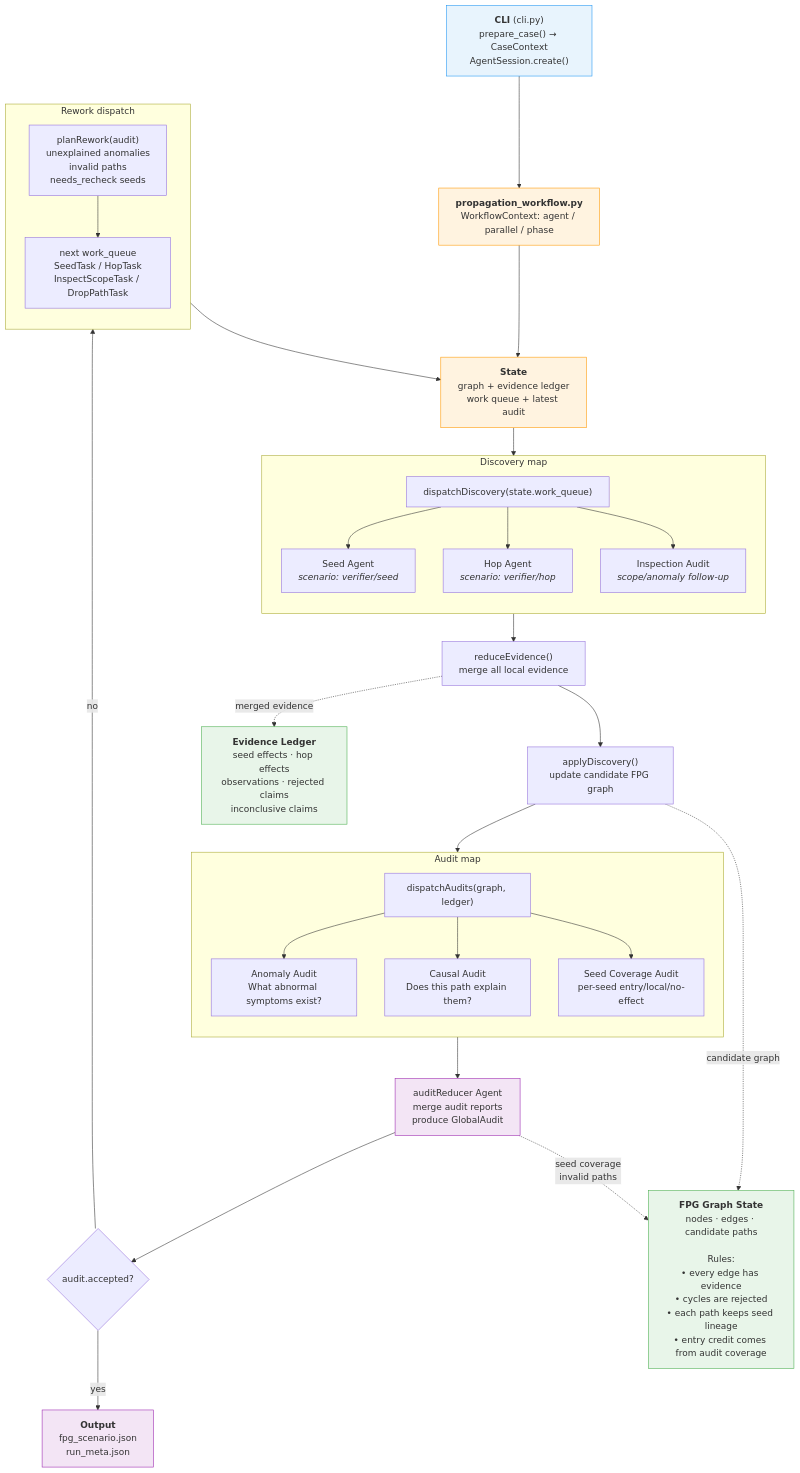
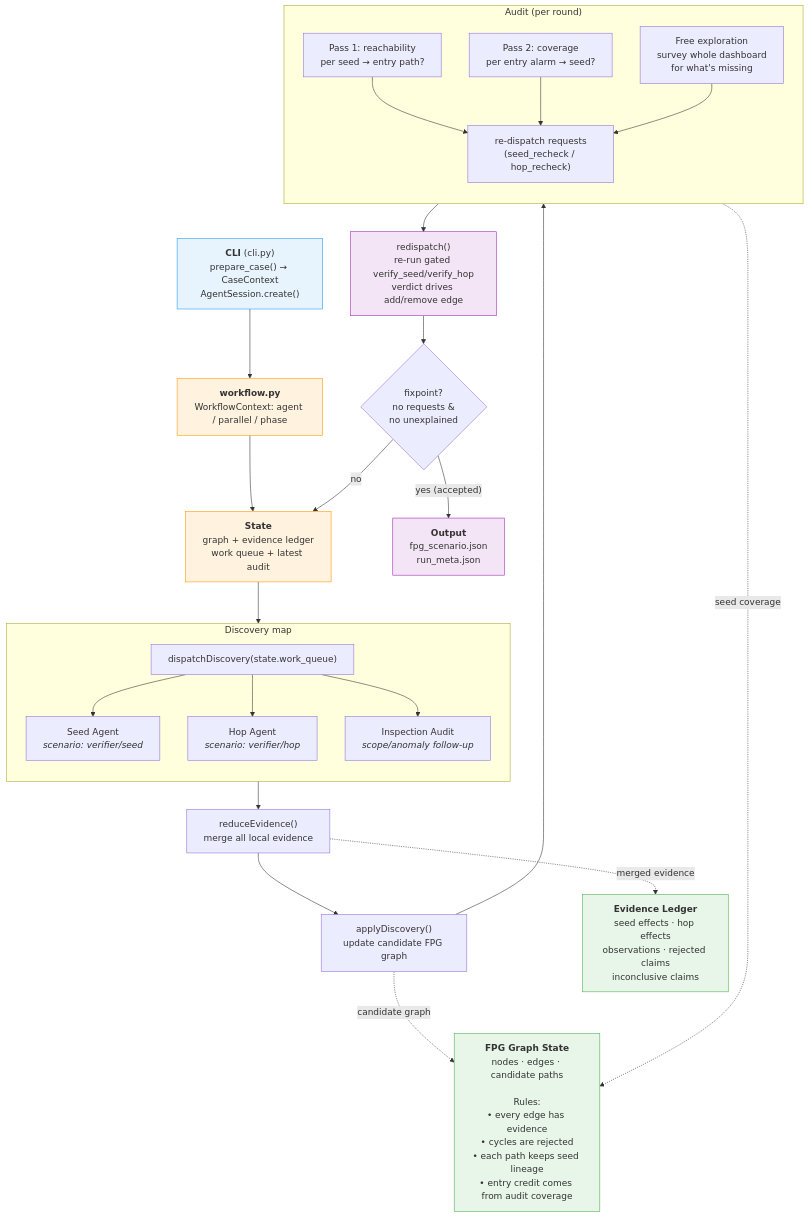
The first of 4 diagrams in contrib/scenarios/verifier/README.md (Lincyaw/AgentM), drawn with Mermaid before and after one commit. The commit also changed other lines of this file and 11 other files, not shown here.

First line of the commit message:
Refactor verifier audit into two-pass + free-exploration fixpoint loop

````diff
--- a/contrib/scenarios/verifier/README.md
+++ b/contrib/scenarios/verifier/README.md
@@ -52,60 +52,52 @@
 ```mermaid
 flowchart TB
     CLI["<b>CLI</b> (cli.py)<br/>prepare_case() → CaseContext<br/>AgentSession.create()"]
-    WF["<b>propagation_workflow.py</b><br/>WorkflowContext: agent / parallel / phase"]
+    WF["<b>workflow.py</b><br/>WorkflowContext: agent / parallel / phase"]
     STATE["<b>State</b><br/>graph + evidence ledger<br/>work queue + latest audit"]
 
     CLI --> WF --> STATE
 
     subgraph discovery ["Discovery map"]
         direction TB
         DISPATCH["dispatchDiscovery(state.work_queue)"]
         S1["Seed Agent<br/><i>scenario: verifier/seed</i>"]
         H1["Hop Agent<br/><i>scenario: verifier/hop</i>"]
         I1["Inspection Audit<br/><i>scope/anomaly follow-up</i>"]
         DISPATCH --> S1 & H1 & I1
     end
 
     REDUCE_E["reduceEvidence()<br/>merge all local evidence"]
     APPLY["applyDiscovery()<br/>update candidate FPG graph"]
 
-    subgraph audit_map ["Audit map"]
+    subgraph audit_map ["Audit (per round)"]
         direction TB
-        J_DISPATCH["dispatchAudits(graph, ledger)"]
-        AJ["Anomaly Audit<br/>What abnormal symptoms exist?"]
-        CJ["Causal Audit<br/>Does this path explain them?"]
-        SJ["Seed Coverage Audit<br/>per-seed entry/local/no-effect"]
-        J_DISPATCH --> AJ & CJ & SJ
+        P1["Pass 1: reachability<br/>per seed → entry path?"]
+        P2["Pass 2: coverage<br/>per entry alarm → seed?"]
+        EX["Free exploration<br/>survey whole dashboard<br/>for what's missing"]
+        P1 & P2 & EX --> REQS["re-dispatch requests<br/>(seed_recheck / hop_recheck)"]
     end
 
-    REDUCE_A["auditReducer Agent<br/>merge audit reports<br/>produce GlobalAudit"]
+    REDISPATCH["redispatch()<br/>re-run gated verify_seed/verify_hop<br/>verdict drives add/remove edge"]
 
-    DECIDE{"audit.accepted?"}
+    DECIDE{"fixpoint?<br/>no requests &<br/>no unexplained"}
     OUTPUT["<b>Output</b><br/>fpg_scenario.json<br/>run_meta.json"]
 
-    subgraph rework ["Rework dispatch"]
-        direction TB
-        PLAN["planRework(audit)<br/>unexplained anomalies<br/>invalid paths<br/>needs_recheck seeds"]
-        Q["next work_queue<br/>SeedTask / HopTask<br/>InspectScopeTask / DropPathTask"]
-        PLAN --> Q
-    end
-
-    STATE --> discovery --> REDUCE_E --> APPLY --> audit_map --> REDUCE_A --> DECIDE
-    DECIDE -- yes --> OUTPUT
-    DECIDE -- no --> rework --> STATE
+    STATE --> discovery --> REDUCE_E --> APPLY --> audit_map --> REDISPATCH --> DECIDE
+    DECIDE -- yes (accepted) --> OUTPUT
+    DECIDE -- no --> STATE
 
     LEDGER["<b>Evidence Ledger</b><br/>seed effects · hop effects<br/>observations · rejected claims<br/>inconclusive claims"]
     FPG["<b>FPG Graph State</b><br/>nodes · edges · candidate paths<br/><br/>Rules:<br/>• every edge has evidence<br/>• cycles are rejected<br/>• each path keeps seed lineage<br/>• entry credit comes from audit coverage"]
 
     REDUCE_E -. "merged evidence" .-> LEDGER
     APPLY -. "candidate graph" .-> FPG
-    REDUCE_A -. "seed coverage<br/>invalid paths" .-> FPG
+    audit_map -. "seed coverage" .-> FPG
 
     style CLI fill:#e8f4fd,stroke:#2196f3
     style WF fill:#fff3e0,stroke:#ff9800
     style STATE fill:#fff3e0,stroke:#ff9800
     style FPG fill:#e8f5e9,stroke:#4caf50
     style LEDGER fill:#e8f5e9,stroke:#4caf50
     style OUTPUT fill:#f3e5f5,stroke:#9c27b0
-    style REDUCE_A fill:#f3e5f5,stroke:#9c27b0
+    style REDISPATCH fill:#f3e5f5,stroke:#9c27b0
 ```
````
